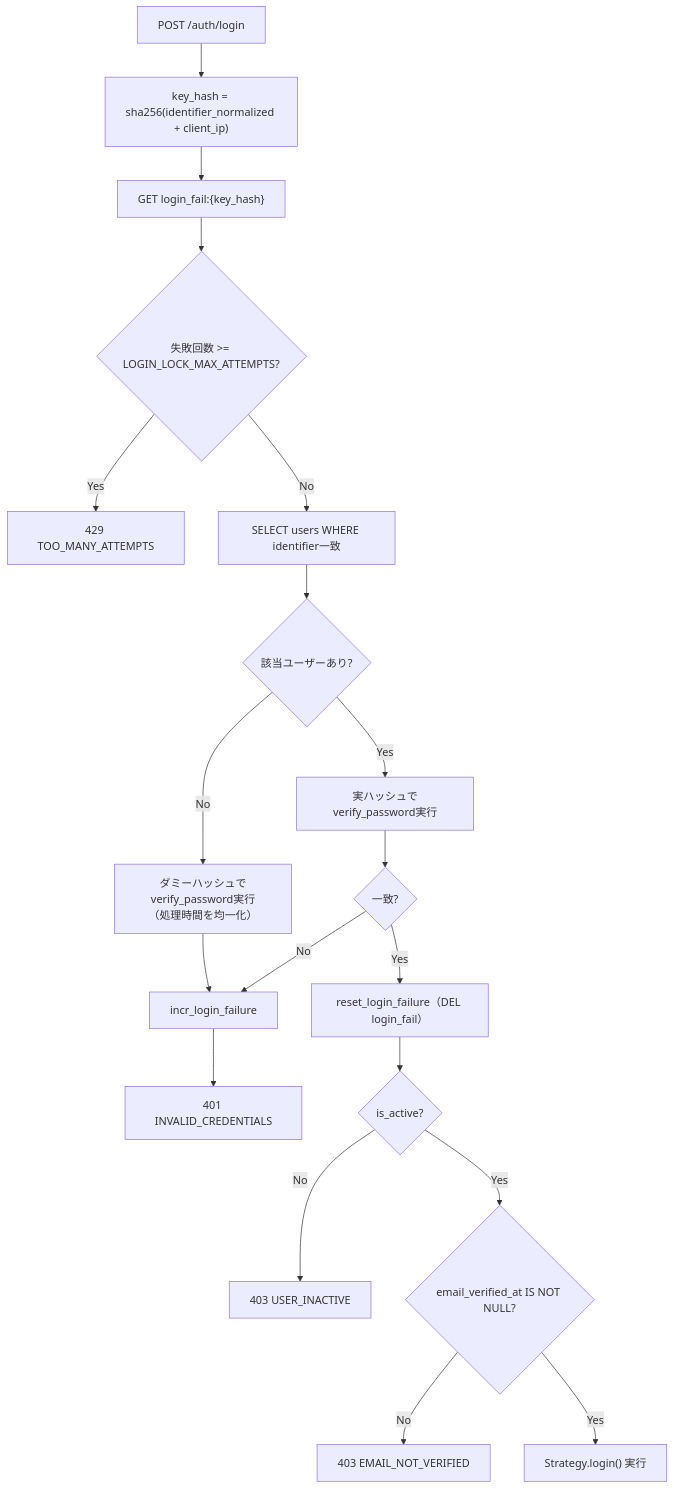
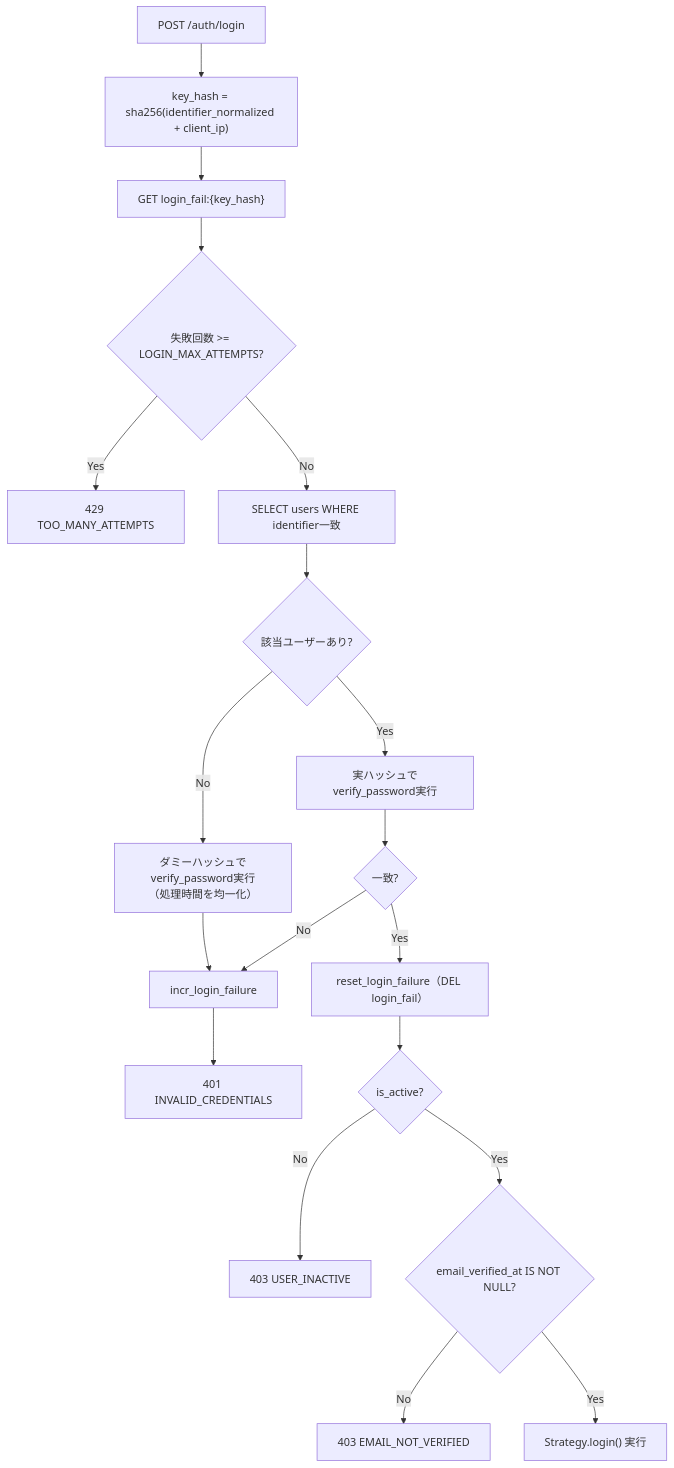
Before and after one commit to oikawa-d/task_management: the third of 5 diagrams in detailed_design/auth/07_password_security.md, drawn with Mermaid. The commit also changed other lines of this file and 5 other files, not shown here.

````diff
--- a/detailed_design/auth/07_password_security.md
+++ b/detailed_design/auth/07_password_security.md
@@ -119,21 +119,21 @@
 ```mermaid
 flowchart TB
     A["POST /auth/login"] --> B["key_hash = sha256(identifier_normalized + client_ip)"]
     B --> C["GET login_fail:{key_hash}"]
-    C --> D{"失敗回数 >= LOGIN_LOCK_MAX_ATTEMPTS?"}
+    C --> D{"失敗回数 >= LOGIN_MAX_ATTEMPTS?"}
     D -->|Yes| E["429 TOO_MANY_ATTEMPTS"]
     D -->|No| F["SELECT users WHERE identifier一致"]
     F --> G{"該当ユーザーあり?"}
     G -->|No| H["ダミーハッシュでverify_password実行<br/>（処理時間を均一化）"]
     G -->|Yes| I["実ハッシュでverify_password実行"]
     H --> J["incr_login_failure"]
     I --> K{"一致?"}
     K -->|No| J
     J --> L["401 INVALID_CREDENTIALS"]
     K -->|Yes| M["reset_login_failure（DEL login_fail）"]
     M --> N{"is_active?"}
     N -->|No| O["403 USER_INACTIVE"]
     N -->|Yes| P{"email_verified_at IS NOT NULL?"}
     P -->|No| Q["403 EMAIL_NOT_VERIFIED"]
     P -->|Yes| R["Strategy.login() 実行"]
 ```
````
